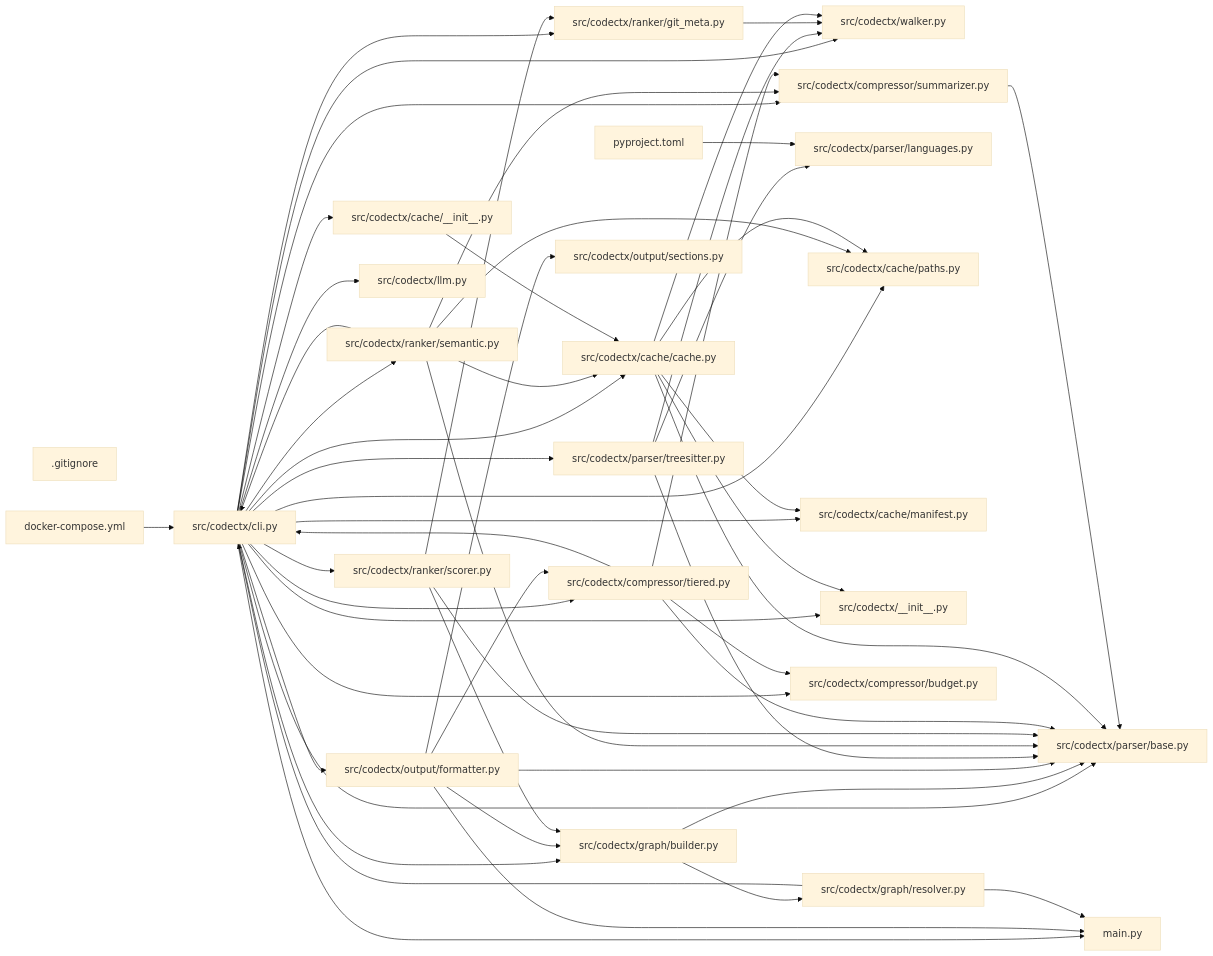
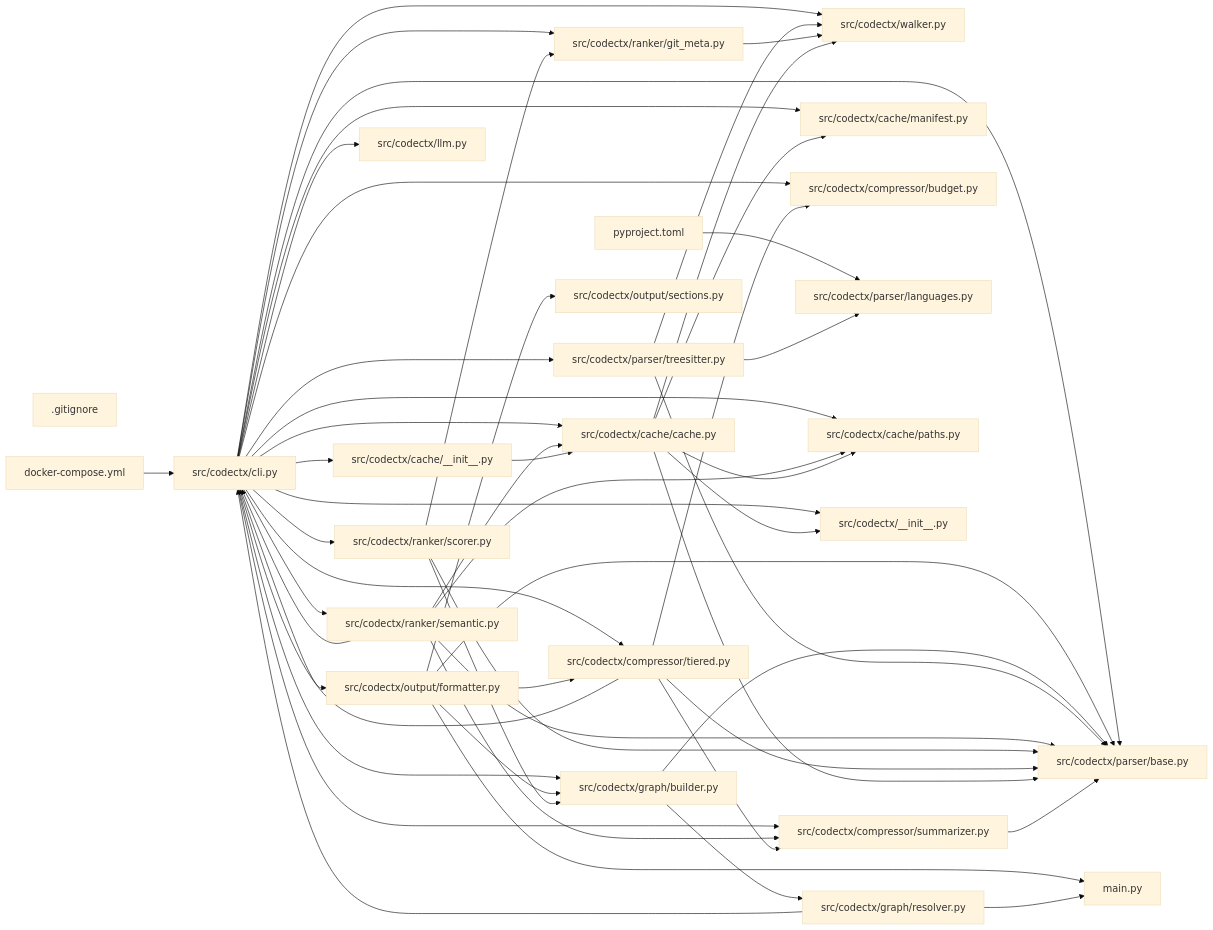
The diagram in CONTEXT.md (hey-granth/codectx), drawn with Mermaid (base theme) before and after one commit. The commit also changed other lines of this file and 1 other file, not shown here.

Commit message:
fix: corrected CI workflow to include pip installs with llm tag too

````diff
--- a/CONTEXT.md
+++ b/CONTEXT.md
@@ -939,80 +964,79 @@
 ```mermaid
 graph LR
     f0["src/codectx/cli.py"]
-    f1["src/codectx/graph/builder.py"]
+    f1["src/codectx/output/formatter.py"]
     f2["src/codectx/parser/base.py"]
     f3["main.py"]
-    f4["src/codectx/output/formatter.py"]
-    f5["src/codectx/parser/treesitter.py"]
-    f6["pyproject.toml"]
+    f4["src/codectx/graph/builder.py"]
+    f5["pyproject.toml"]
+    f6["src/codectx/parser/treesitter.py"]
     f7["src/codectx/ranker/semantic.py"]
     f8["src/codectx/ranker/scorer.py"]
     f9["src/codectx/compressor/tiered.py"]
     f10["src/codectx/walker.py"]
     f11["src/codectx/graph/resolver.py"]
     f12["src/codectx/ranker/git_meta.py"]
     f13["src/codectx/cache/cache.py"]
-    f14["src/codectx/parser/languages.py"]
-    f15["src/codectx/cache/paths.py"]
-    f16["src/codectx/cache/manifest.py"]
-    f17["src/codectx/output/sections.py"]
-    f18["src/codectx/cache/__init__.py"]
-    f19["src/codectx/llm.py"]
-    f20["src/codectx/__init__.py"]
-    f21["src/codectx/compressor/summarizer.py"]
-    f22[".gitignore"]
-    f23["src/codectx/compressor/budget.py"]
+    f14["src/codectx/cache/manifest.py"]
+    f15["src/codectx/compressor/budget.py"]
+    f16["src/codectx/parser/languages.py"]
+    f17["src/codectx/cache/__init__.py"]
+    f18["src/codectx/cache/paths.py"]
+    f19["src/codectx/output/sections.py"]
+    f20["src/codectx/llm.py"]
+    f21["src/codectx/__init__.py"]
+    f22["src/codectx/compressor/summarizer.py"]
+    f23[".gitignore"]
     f24["docker-compose.yml"]
-    f0 --> f3
-    f0 --> f21
+    f0 --> f22
     f0 --> f13
-    f0 --> f16
-    f0 --> f15
+    f0 --> f14
+    f0 --> f18
     f0 --> f2
     f0 --> f7
     f0 --> f9
-    f0 --> f23
+    f0 --> f15
     f0 --> f8
     f0 --> f12
+    f0 --> f4
+    f0 --> f6
+    f0 --> f10
+    f0 --> f17
+    f0 --> f20
     f0 --> f1
-    f0 --> f5
-    f0 --> f10
-    f0 --> f18
-    f0 --> f19
-    f0 --> f4
-    f0 --> f20
+    f0 --> f21
+    f1 --> f3
     f1 --> f2
-    f1 --> f11
-    f4 --> f3
+    f1 --> f19
+    f1 --> f4
+    f1 --> f9
     f4 --> f2
-    f4 --> f17
-    f4 --> f1
-    f4 --> f9
-    f5 --> f10
-    f5 --> f14
-    f5 --> f2
-    f6 --> f14
+    f4 --> f11
+    f5 --> f16
+    f6 --> f10
+    f6 --> f16
+    f6 --> f2
     f7 --> f0
-    f7 --> f21
+    f7 --> f22
     f7 --> f13
     f7 --> f2
-    f7 --> f15
+    f7 --> f18
     f8 --> f12
     f8 --> f2
-    f8 --> f1
+    f8 --> f4
     f9 --> f0
-    f9 --> f21
+    f9 --> f22
     f9 --> f2
-    f9 --> f23
+    f9 --> f15
     f11 --> f0
     f11 --> f3
     f12 --> f10
     f13 --> f10
-    f13 --> f15
-    f13 --> f16
-    f13 --> f20
+    f13 --> f18
+    f13 --> f14
+    f13 --> f21
     f13 --> f2
-    f18 --> f13
-    f21 --> f2
+    f17 --> f13
+    f22 --> f2
     f24 --> f0
 ```
````
